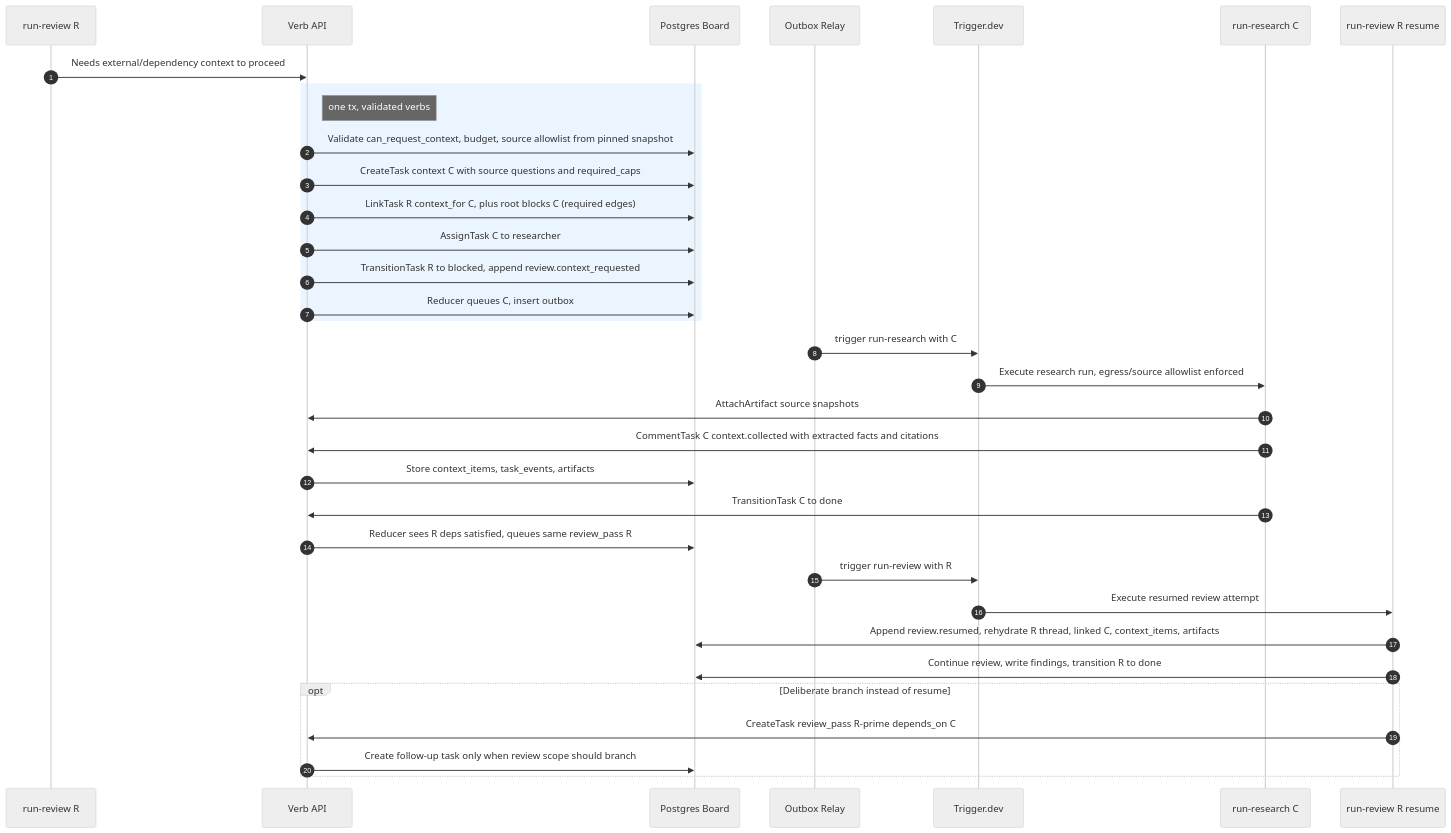
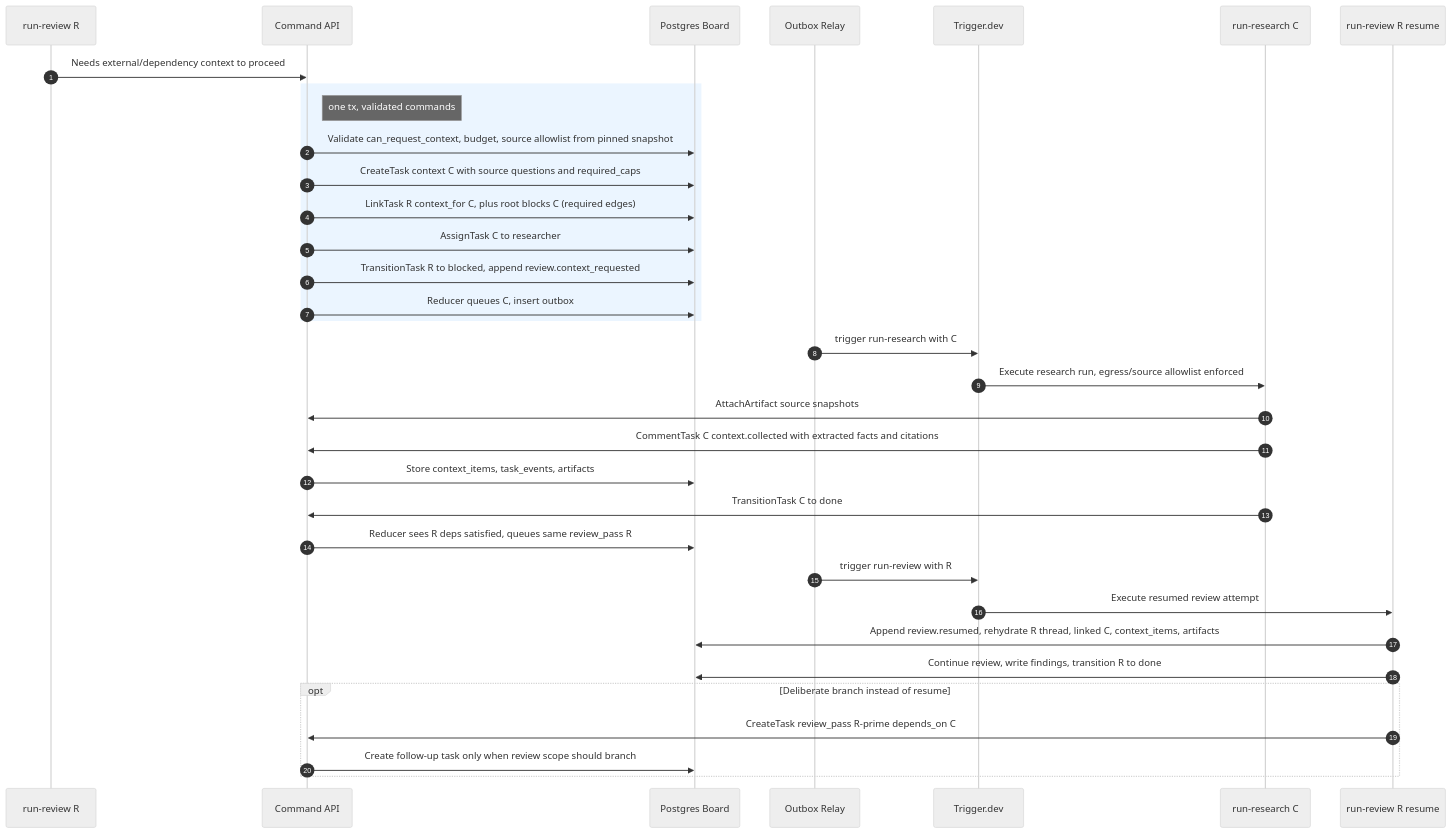
One commit to keon/jina-context-wiki-e2e-20260808 changed the eighth of 9 diagrams in docs/SEQUENCE_DIAGRAM.md. Above: the diagram before and after it, drawn with Mermaid (neutral theme). The commit also changed other lines of this file and 61 other files, not shown here.

````diff
--- a/docs/SEQUENCE_DIAGRAM.md
+++ b/docs/SEQUENCE_DIAGRAM.md
@@ -235,36 +237,36 @@
 ```mermaid
 sequenceDiagram
     autonumber
     participant R as run-review R
-    participant API as Verb API
+    participant API as Command API
     participant Board as Postgres Board
     participant Relay as Outbox Relay
     participant Trigger as Trigger.dev
     participant Research as run-research C
     participant Rp as run-review R resume
     R->>API: Needs external/dependency context to proceed
     rect rgb(235,245,255)
-    note right of API: one tx, validated verbs
+    note right of API: one tx, validated commands
     API->>Board: Validate can_request_context, budget, source allowlist from pinned snapshot
     API->>Board: CreateTask context C with source questions and required_caps
     API->>Board: LinkTask R context_for C, plus root blocks C (required edges)
     API->>Board: AssignTask C to researcher
     API->>Board: TransitionTask R to blocked, append review.context_requested
     API->>Board: Reducer queues C, insert outbox
     end
     Relay->>Trigger: trigger run-research with C
     Trigger->>Research: Execute research run, egress/source allowlist enforced
     Research->>API: AttachArtifact source snapshots
     Research->>API: CommentTask C context.collected with extracted facts and citations
     API->>Board: Store context_items, task_events, artifacts
     Research->>API: TransitionTask C to done
     API->>Board: Reducer sees R deps satisfied, queues same review_pass R
     Relay->>Trigger: trigger run-review with R
     Trigger->>Rp: Execute resumed review attempt
     Rp->>Board: Append review.resumed, rehydrate R thread, linked C, context_items, artifacts
     Rp->>Board: Continue review, write findings, transition R to done
     opt Deliberate branch instead of resume
         Rp->>API: CreateTask review_pass R-prime depends_on C
         API->>Board: Create follow-up task only when review scope should branch
     end
 ```
````
